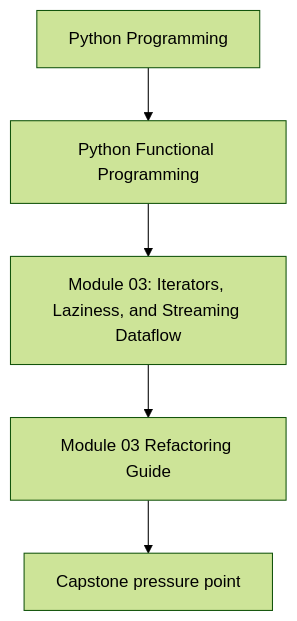
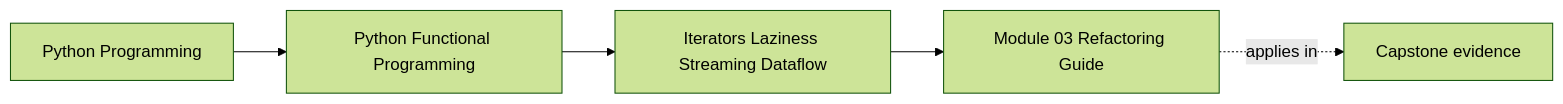
One commit to bijux/bijux-masterclass changed the first of 2 diagrams in programs/python-programming/python-functional-programming/course-book/module-03-iterators-laziness-streaming-dataflow/refactoring-guide.md. Above: the diagram before and after it, drawn with Mermaid (forest theme). The commit also changed other lines of this file and 73 other files, not shown here.

Commit message:
docs(python-functional-programming): map orientation through streaming foundations

````diff
--- a/programs/python-programming/python-functional-programming/course-book/module-03-iterators-laziness-streaming-dataflow/refactoring-guide.md
+++ b/programs/python-programming/python-functional-programming/course-book/module-03-iterators-laziness-streaming-dataflow/refactoring-guide.md
@@ -7,7 +7,11 @@
 ```mermaid
-flowchart TD
-  family["Python Programming"] --> program["Python Functional Programming"]
-  program --> module["Module 03: Iterators, Laziness, and Streaming Dataflow"]
-  module --> concept["Module 03 Refactoring Guide"]
-  concept --> capstone["Capstone pressure point"]
+graph LR
+  family["Python Programming"]
+  program["Python Functional Programming"]
+  section["Iterators Laziness Streaming Dataflow"]
+  page["Module 03 Refactoring Guide"]
+  capstone["Capstone evidence"]
+
+  family --> program --> section --> page
+  page -.applies in.-> capstone
 ```
````
